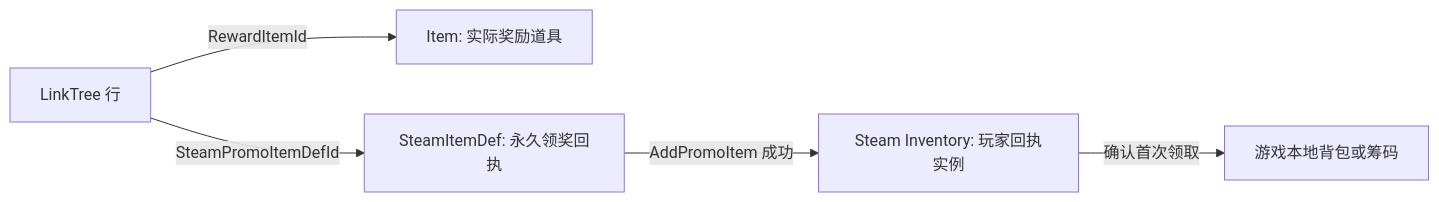
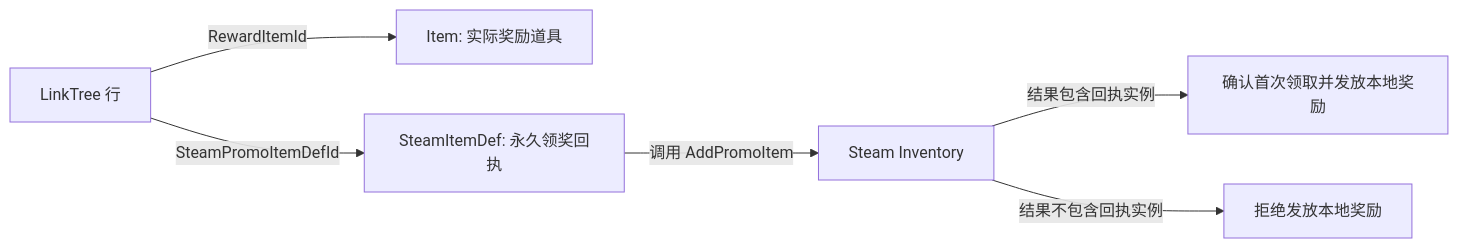
The diagram in docs/game-design/SteamItemDef表说明.md (SeananTQ/lucky-dog-pub-2026), drawn with Mermaid before and after one commit. The commit also changed other lines of this file and 1 other file, not shown here.

````diff
--- a/docs/game-design/SteamItemDef表说明.md
+++ b/docs/game-design/SteamItemDef表说明.md
@@ -23,7 +23,8 @@
 ```mermaid
 flowchart LR
     LinkTree[LinkTree 行] -->|RewardItemId| Item[Item: 实际奖励道具]
     LinkTree -->|SteamPromoItemDefId| Receipt[SteamItemDef: 永久领奖回执]
-    Receipt -->|AddPromoItem 成功| SteamInventory[Steam Inventory: 玩家回执实例]
-    SteamInventory -->|确认首次领取| LocalInventory[游戏本地背包或筹码]
+    Receipt -->|调用 AddPromoItem| SteamInventory[Steam Inventory]
+    SteamInventory -->|结果包含回执实例| LocalInventory[确认首次领取并发放本地奖励]
+    SteamInventory -->|结果不包含回执实例| RefuseReward[拒绝发放本地奖励]
 ```
````
